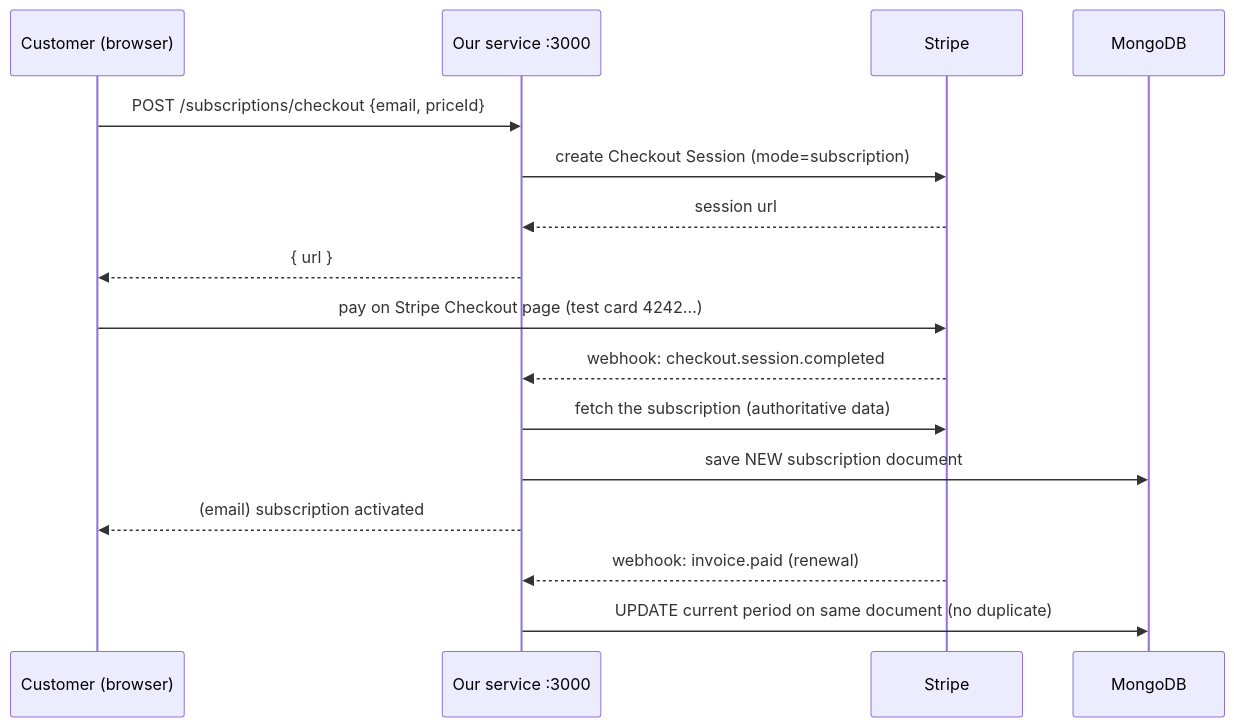
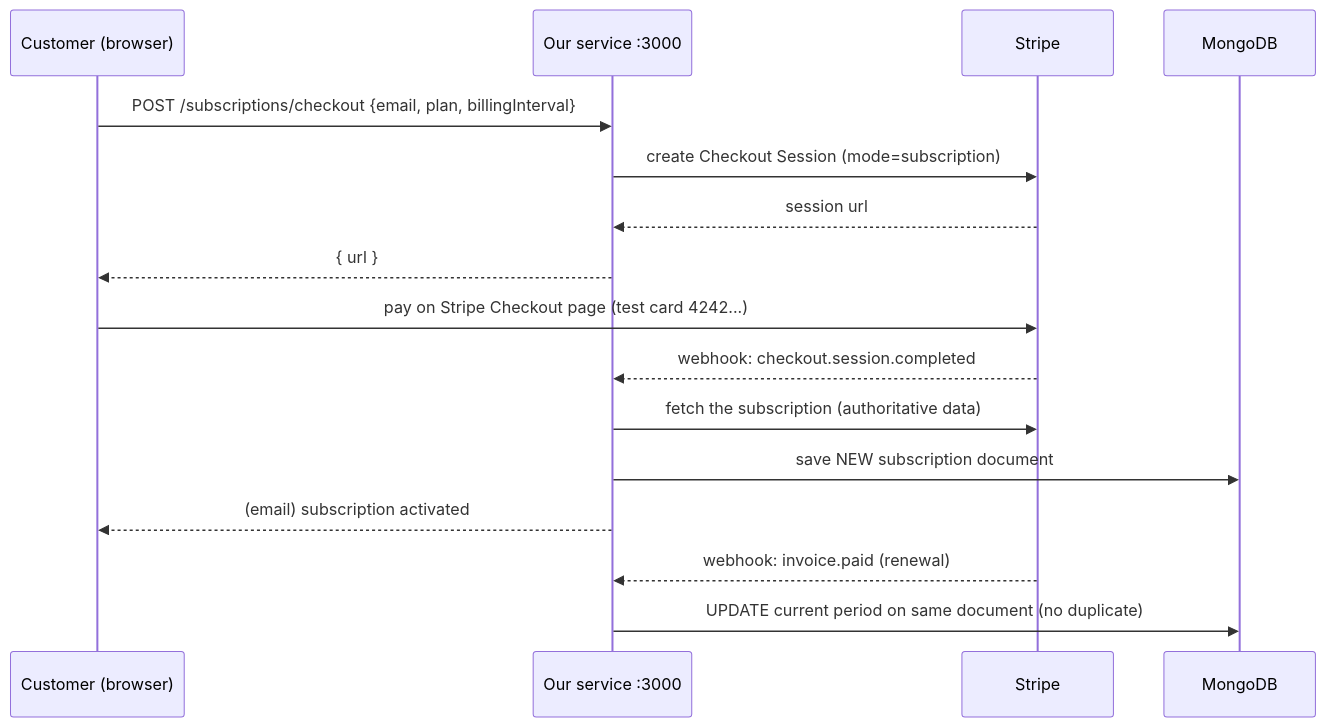
Before and after one commit to shaheerbhojanineksoft/shaheer-subscribtion-service: the first of 2 diagrams in PROJECT_GUIDE.md, drawn with Mermaid. The commit also changed other lines of this file and 5 other files, not shown here.

````diff
--- a/PROJECT_GUIDE.md
+++ b/PROJECT_GUIDE.md
@@ -148,22 +151,22 @@
 ```mermaid
 sequenceDiagram
     participant U as Customer (browser)
     participant A as Our service :3000
     participant S as Stripe
     participant M as MongoDB
 
-    U->>A: POST /subscriptions/checkout {email, priceId}
+    U->>A: POST /subscriptions/checkout {email, plan, billingInterval}
     A->>S: create Checkout Session (mode=subscription)
     S-->>A: session url
     A-->>U: { url }
 
     U->>S: pay on Stripe Checkout page (test card 4242...)
 
     S-->>A: webhook: checkout.session.completed
     A->>S: fetch the subscription (authoritative data)
     A->>M: save NEW subscription document
     A-->>U: (email) subscription activated
 
     S-->>A: webhook: invoice.paid (renewal)
     A->>M: UPDATE current period on same document (no duplicate)
 ```
````
